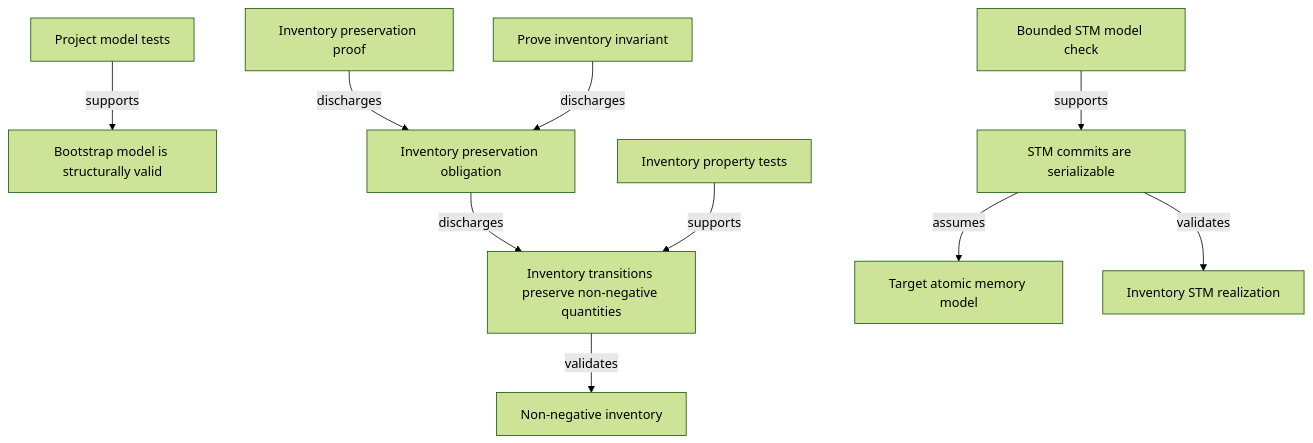
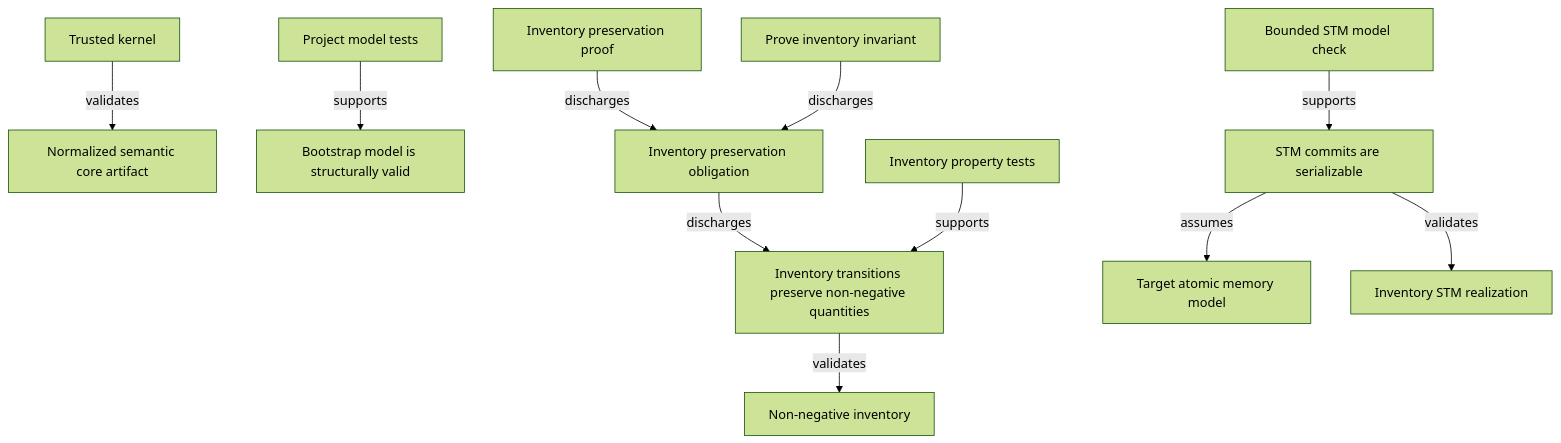
The diagram in generated/04-evidence-map.md (phibkro/semantic-systems), drawn with Mermaid (forest theme) before and after one commit. The commit also changed 7 other files, not shown here.

````diff
--- a/generated/04-evidence-map.md
+++ b/generated/04-evidence-map.md
@@ -5,24 +5,27 @@
 ```mermaid
 flowchart TD
+    artifact_normalized_core["Normalized semantic core artifact"]
     assumption_memory_model["Target atomic memory model"]
     claim_inventory_invariant["Inventory transitions preserve non-negative quantities"]
     claim_model_valid["Bootstrap model is structurally valid"]
     claim_stm_serializable["STM commits are serializable"]
+    component_kernel["Trusted kernel"]
     evidence_inventory_proof["Inventory preservation proof"]
     evidence_inventory_tests["Inventory property tests"]
     evidence_model_tests["Project model tests"]
     evidence_stm_model["Bounded STM model check"]
     invariant_inventory_nonnegative["Non-negative inventory"]
     obligation_inventory_proof["Inventory preservation obligation"]
     realization_inventory_stm["Inventory STM realization"]
     work_inventory_proof["Prove inventory invariant"]
+    component_kernel -->|validates| artifact_normalized_core
     evidence_model_tests -->|supports| claim_model_valid
     obligation_inventory_proof -->|discharges| claim_inventory_invariant
     evidence_inventory_tests -->|supports| claim_inventory_invariant
     evidence_inventory_proof -->|discharges| obligation_inventory_proof
     evidence_stm_model -->|supports| claim_stm_serializable
     claim_stm_serializable -->|assumes| assumption_memory_model
     claim_inventory_invariant -->|validates| invariant_inventory_nonnegative
     claim_stm_serializable -->|validates| realization_inventory_stm
     work_inventory_proof -->|discharges| obligation_inventory_proof
 ```
````
